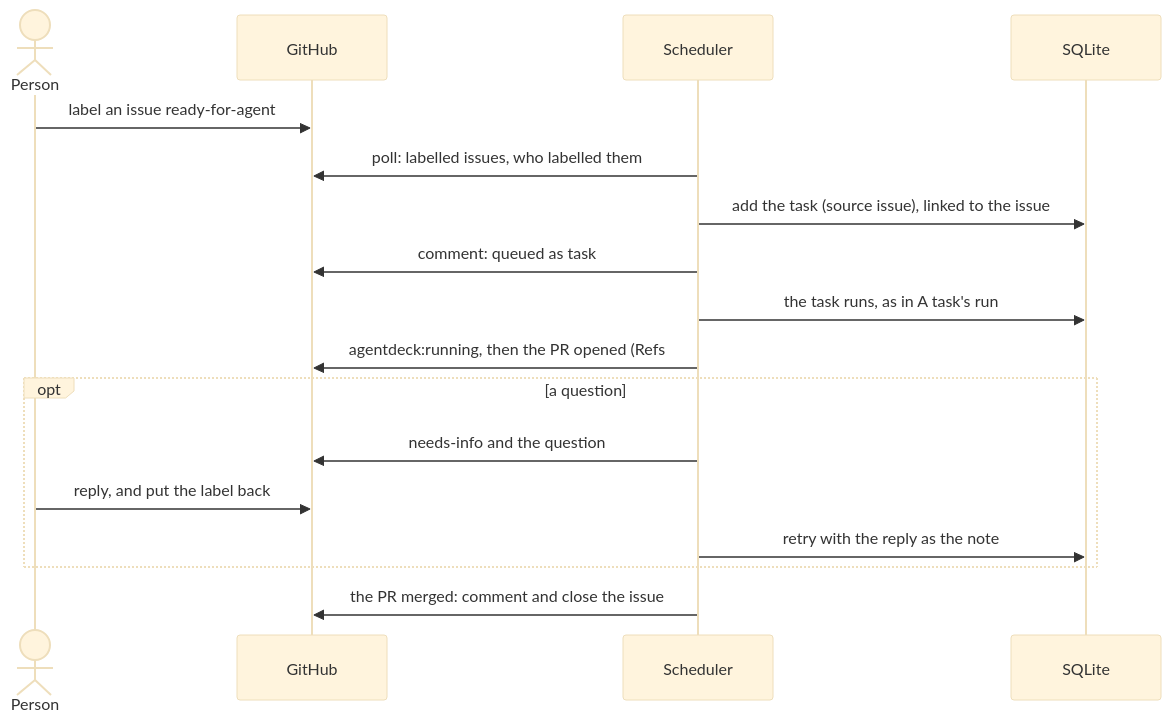
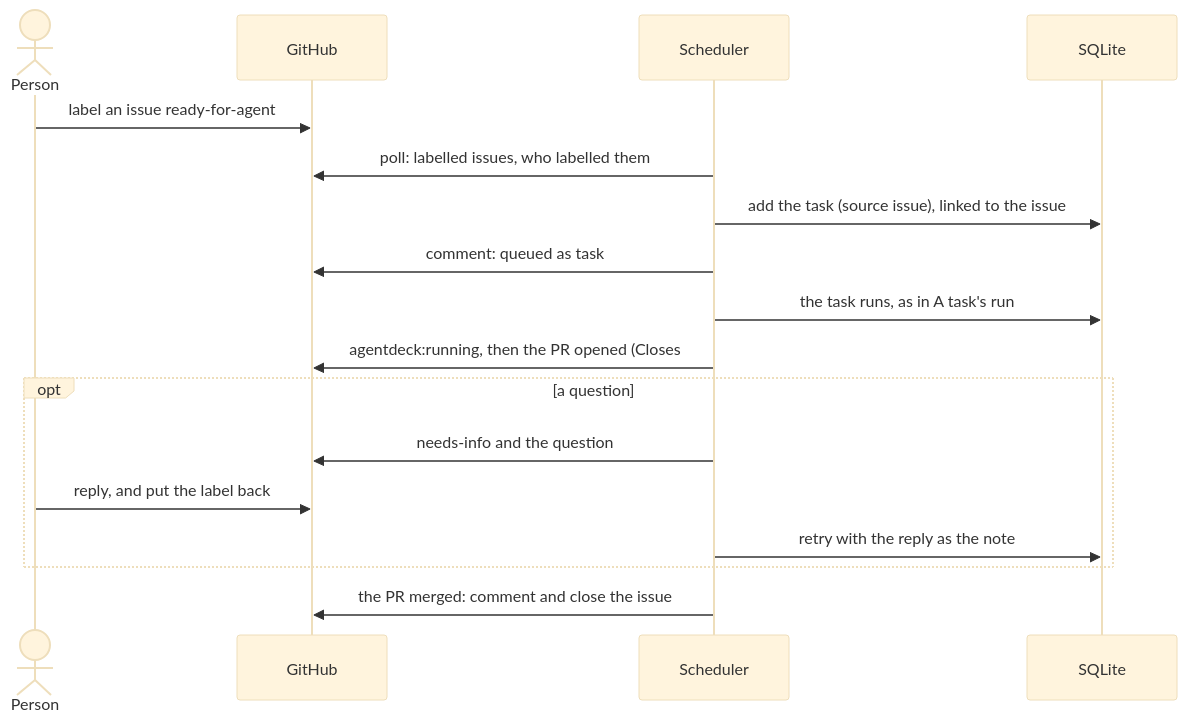
One commit to tomrobdev/agentdeck changed the fifth of 8 diagrams in docs/flows.md. Above: the diagram before and after it, drawn with Mermaid (base theme). The commit also changed 6 other files, not shown here.

````diff
--- a/docs/flows.md
+++ b/docs/flows.md
@@ -134,19 +134,19 @@
 ```mermaid
 sequenceDiagram
   actor P as Person
   participant H as GitHub
   participant S as Scheduler
   participant D as SQLite
   P->>H: label an issue ready-for-agent
   S->>H: poll: labelled issues, who labelled them
   S->>D: add the task (source issue), linked to the issue
   S->>H: comment: queued as task #n
   S->>D: the task runs, as in A task's run
-  S->>H: agentdeck:running, then the PR opened (Refs #n)
+  S->>H: agentdeck:running, then the PR opened (Closes #n)
   opt a question
     S->>H: needs-info and the question
     P->>H: reply, and put the label back
     S->>D: retry with the reply as the note
   end
   S->>H: the PR merged: comment and close the issue
 ```
````
